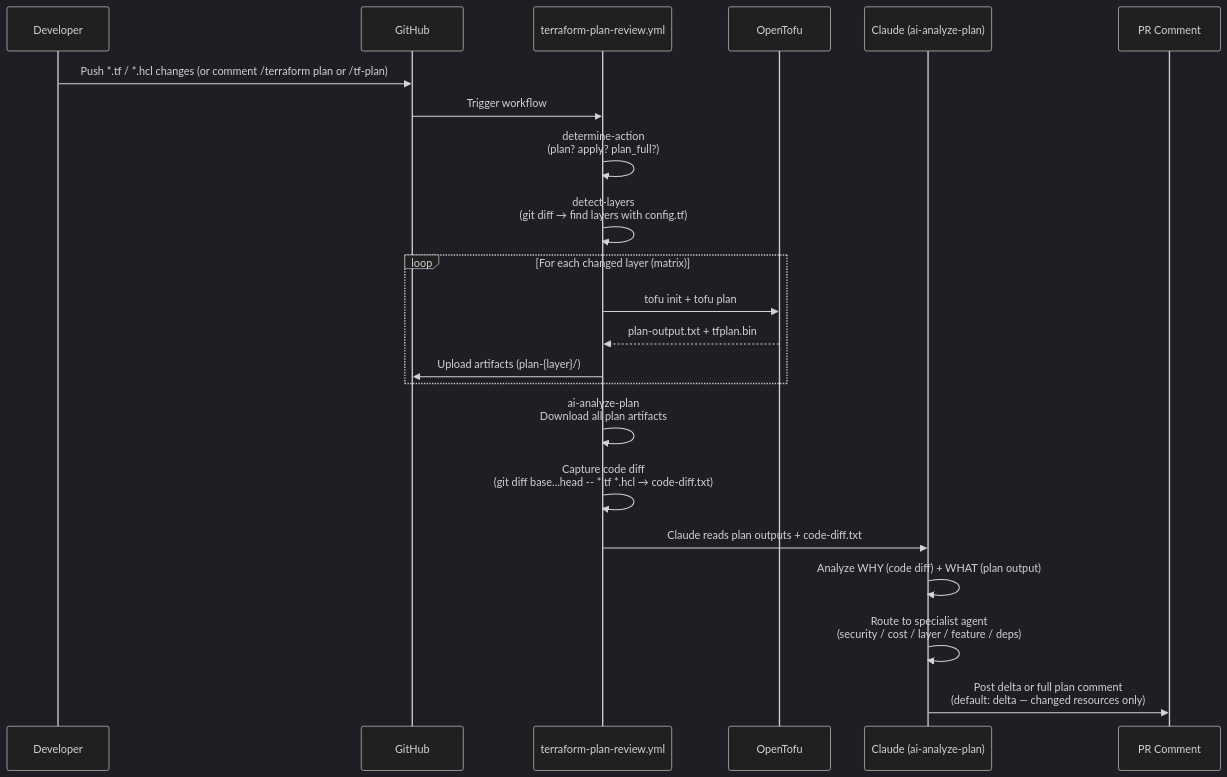
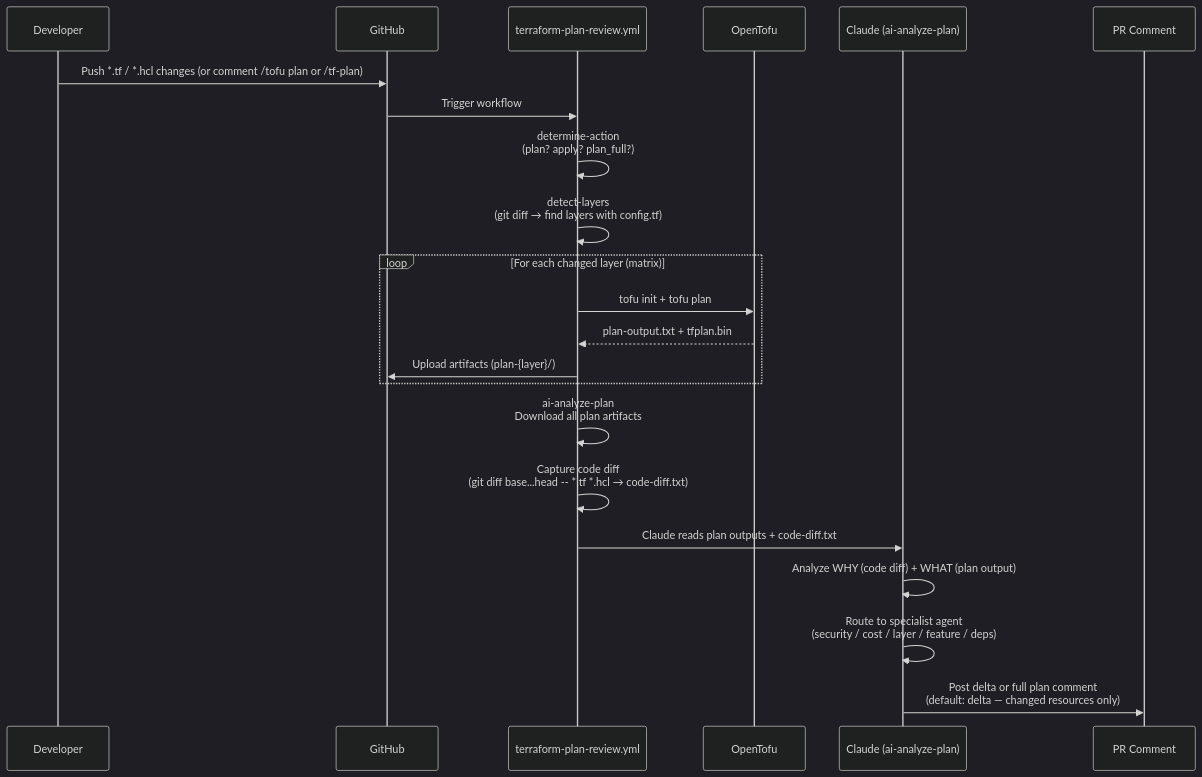
The first of 4 diagrams in .github/docs/claude-workflows.md (binbashar/le-tf-infra-aws), drawn with Mermaid (dark theme) before and after one commit. The commit also changed other lines of this file and 4 other files, not shown here.

````diff
--- a/.github/docs/claude-workflows.md
+++ b/.github/docs/claude-workflows.md
@@ -25,29 +25,29 @@
 ```mermaid
 sequenceDiagram
     participant Dev as Developer
     participant GH as GitHub
     participant WF as terraform-plan-review.yml
     participant Tofu as OpenTofu
     participant AI as Claude (ai-analyze-plan)
     participant PR as PR Comment
 
-    Dev->>GH: Push *.tf / *.hcl changes (or comment /terraform plan or /tf-plan)
+    Dev->>GH: Push *.tf / *.hcl changes (or comment /tofu plan or /tf-plan)
     GH->>WF: Trigger workflow
 
     WF->>WF: determine-action<br/>(plan? apply? plan_full?)
     WF->>WF: detect-layers<br/>(git diff → find layers with config.tf)
 
     loop For each changed layer (matrix)
         WF->>Tofu: tofu init + tofu plan
         Tofu-->>WF: plan-output.txt + tfplan.bin
         WF->>GH: Upload artifacts (plan-{layer}/)
     end
 
     WF->>WF: ai-analyze-plan<br/>Download all plan artifacts
     WF->>WF: Capture code diff<br/>(git diff base...head -- *.tf *.hcl → code-diff.txt)
 
     WF->>AI: Claude reads plan outputs + code-diff.txt
     AI->>AI: Analyze WHY (code diff) + WHAT (plan output)
     AI->>AI: Route to specialist agent<br/>(security / cost / layer / feature / deps)
     AI->>PR: Post delta or full plan comment<br/>(default: delta — changed resources only)
 ```
````
